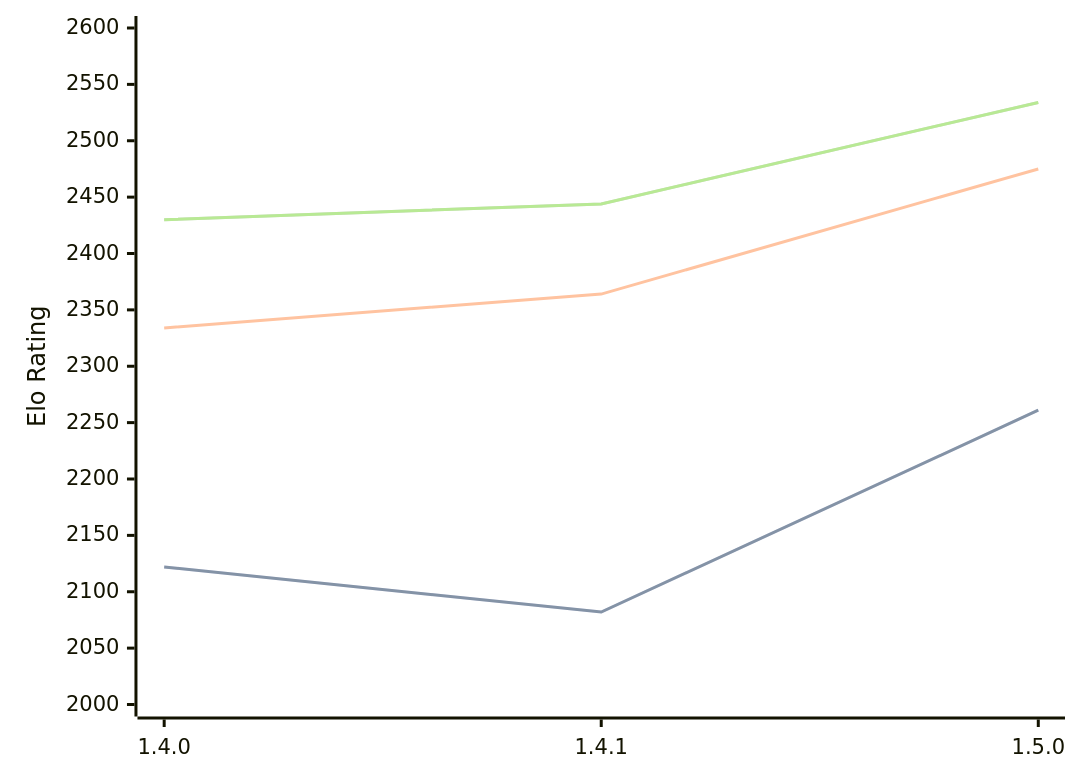
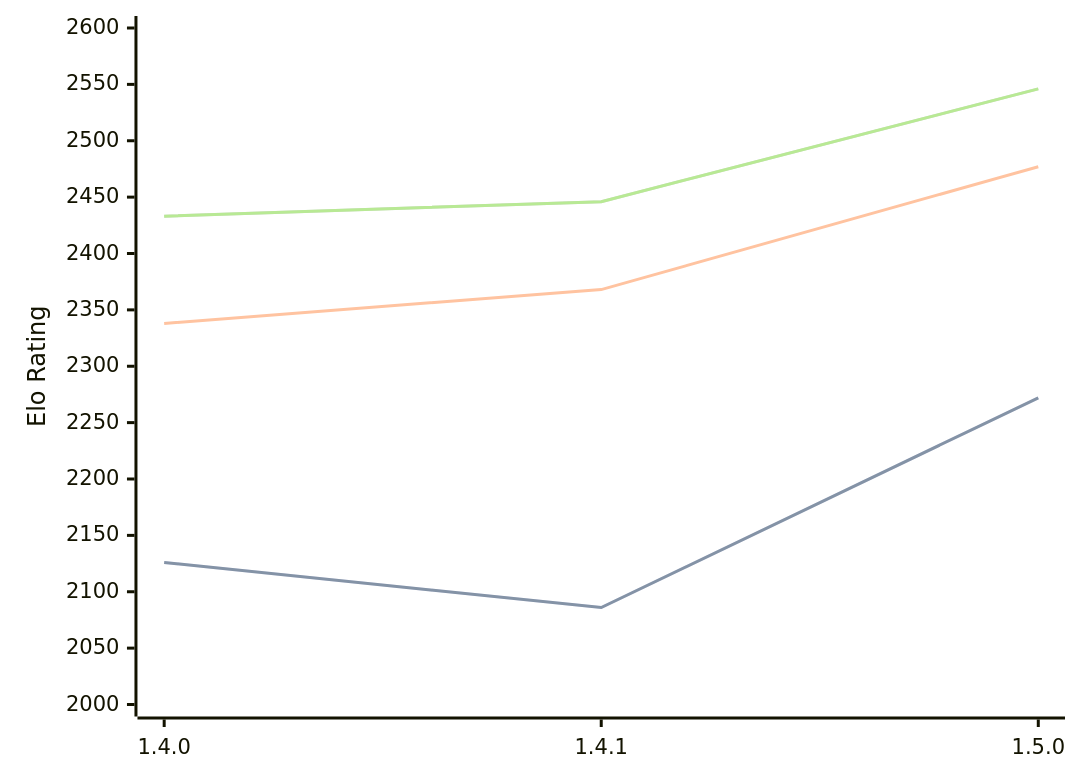
One commit to computer-chess-index/cci changed the diagram in engines/Tofiks.md. Above: the diagram before and after it, drawn with Mermaid. The commit also changed other lines of this file, not shown here.

Commit message:
Update CCI Ratings (ELO VLTC) - 2026-05-02

````diff
--- a/engines/Tofiks.md
+++ b/engines/Tofiks.md
@@ -37,11 +37,11 @@
 ```mermaid
 %%{init: {"theme":"base","themeVariables":{"seriesColors:['#a3a3a3','#222221','#faa371']}}}%%
 xychart-beta
   x-axis ["1.4.0", "1.4.1", "1.5.0"]
   y-axis "Elo Rating" 2000 --> 2600
-  line "STC (8.0+0.08s)" [2122, 2082, 2261]
-  line "STC (8.0+0.08s)" [2122, 2082, 2261]
-  line "LTC (60.0+0.60s)" [2334, 2364, 2475]
-  line "VLTC (2m24s+1.12s)" [2430, 2444, 2534]
-  line "VLTC (2m24s+1.12s)" [2430, 2444, 2534]
+  line "STC (8.0+0.08s)" [2126, 2086, 2272]
+  line "STC (8.0+0.08s)" [2126, 2086, 2272]
+  line "LTC (60.0+0.60s)" [2338, 2368, 2477]
+  line "VLTC (2m24s+1.12s)" [2433, 2446, 2546]
+  line "VLTC (2m24s+1.12s)" [2433, 2446, 2546]
 ```
````
